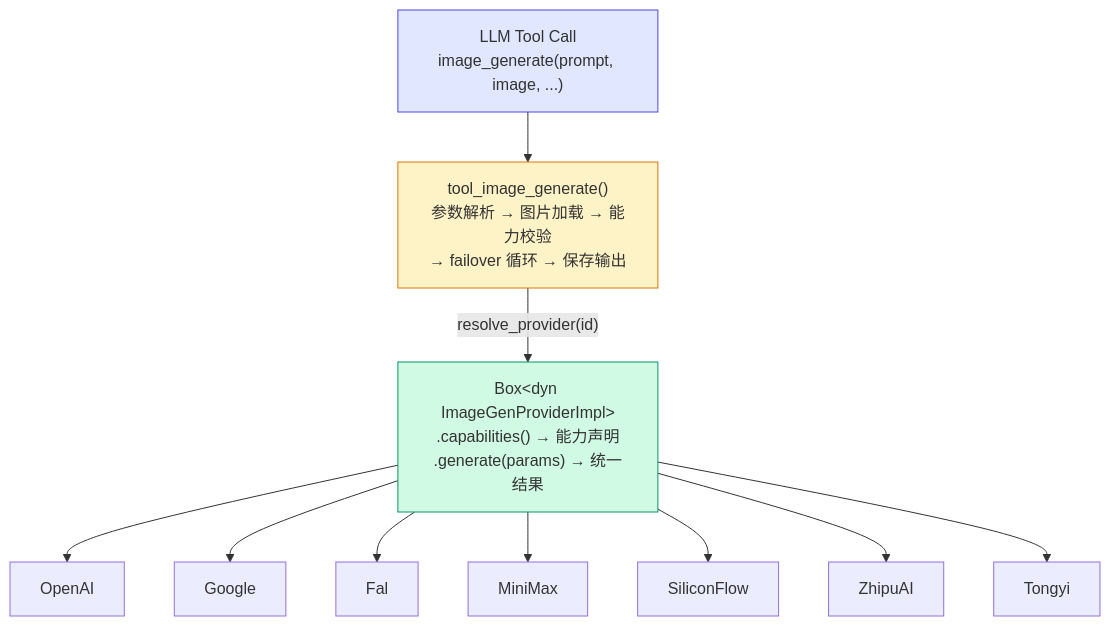
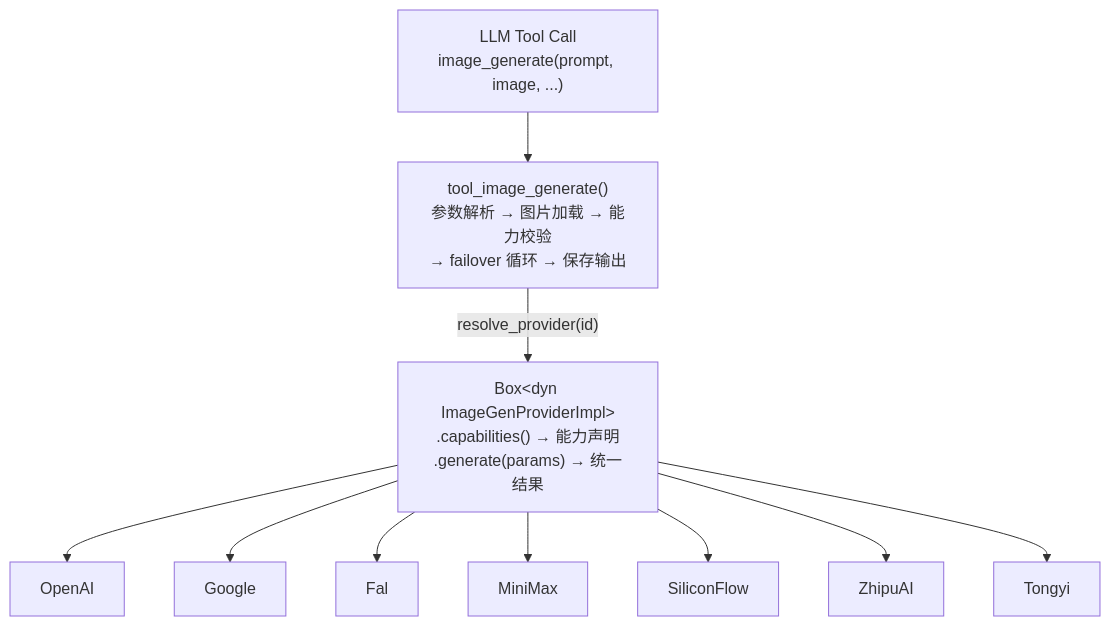
Before and after one commit to shiwenwen/hope-agent: the first of 11 diagrams in docs/architecture/image-generation.md, drawn with Mermaid. The commit also changed other lines of this file and 13 other files, not shown here.

First line of the commit message:
docs: 移除 mermaid 图表中的自定义背景色填充

````diff
--- a/docs/architecture/image-generation.md
+++ b/docs/architecture/image-generation.md
@@ -9,21 +9,18 @@
 ```mermaid
 graph TD
     LLM["LLM Tool Call<br/>image_generate(prompt, image, ...)"]
     ENTRY["tool_image_generate()<br/>参数解析 → 图片加载 → 能力校验<br/>→ failover 循环 → 保存输出"]
     TRAIT["Box&lt;dyn ImageGenProviderImpl&gt;<br/>.capabilities() → 能力声明<br/>.generate(params) → 统一结果"]
 
     LLM --> ENTRY
     ENTRY -- "resolve_provider(id)" --> TRAIT
 
     TRAIT --> P1["OpenAI"]
     TRAIT --> P2["Google"]
     TRAIT --> P3["Fal"]
     TRAIT --> P4["MiniMax"]
     TRAIT --> P5["SiliconFlow"]
     TRAIT --> P6["ZhipuAI"]
     TRAIT --> P7["Tongyi"]
 
-    style LLM fill:#e0e7ff,stroke:#4f46e5
-    style ENTRY fill:#fef3c7,stroke:#d97706
-    style TRAIT fill:#d1fae5,stroke:#059669
 ```
````
